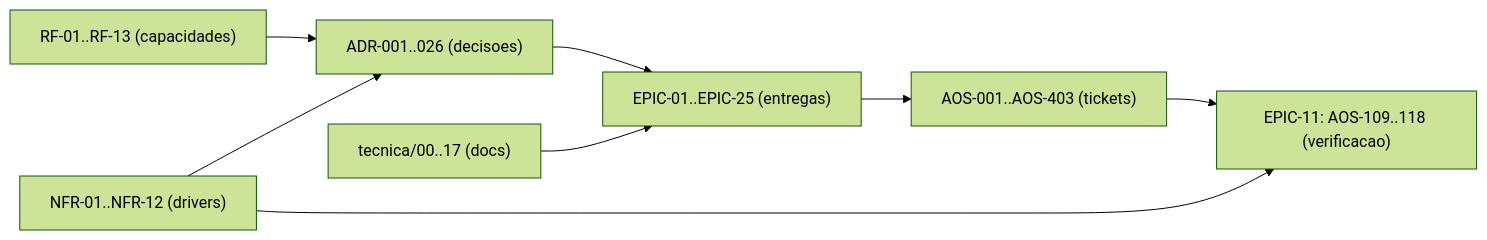
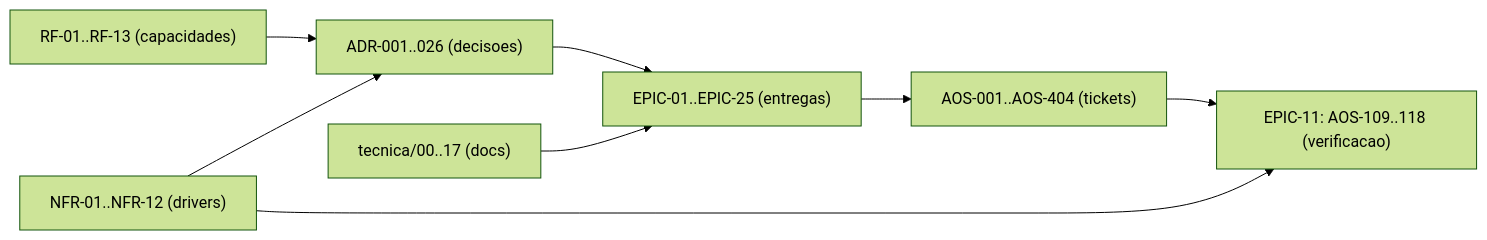
Before and after one commit to albinoJimy/aos: the diagram in tecnica/16_Rastreabilidade_RTM.md, drawn with Mermaid (forest theme). The commit also changed other lines of this file and 8 other files, not shown here.

````diff
--- a/tecnica/16_Rastreabilidade_RTM.md
+++ b/tecnica/16_Rastreabilidade_RTM.md
@@ -185,10 +184,10 @@
 ```mermaid
 flowchart LR
     RF["RF-01..RF-13 (capacidades)"] --> ADR["ADR-001..026 (decisoes)"]
     NFR["NFR-01..NFR-12 (drivers)"] --> ADR
     ADR --> EPIC["EPIC-01..EPIC-25 (entregas)"]
-    EPIC --> TICK["AOS-001..AOS-403 (tickets)"]
+    EPIC --> TICK["AOS-001..AOS-404 (tickets)"]
     DOC["tecnica/00..17 (docs)"] --> EPIC
     TICK --> TEST["EPIC-11: AOS-109..118 (verificacao)"]
     NFR --> TEST
 ```
````
